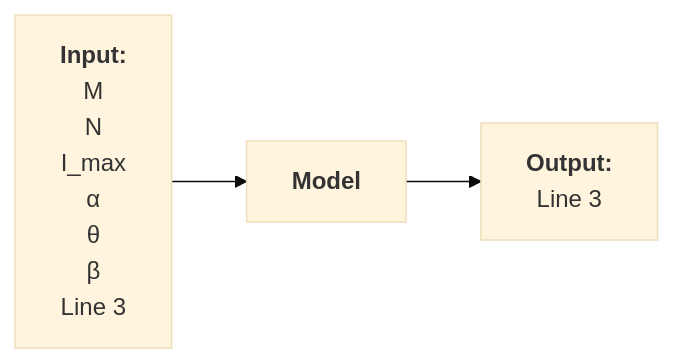
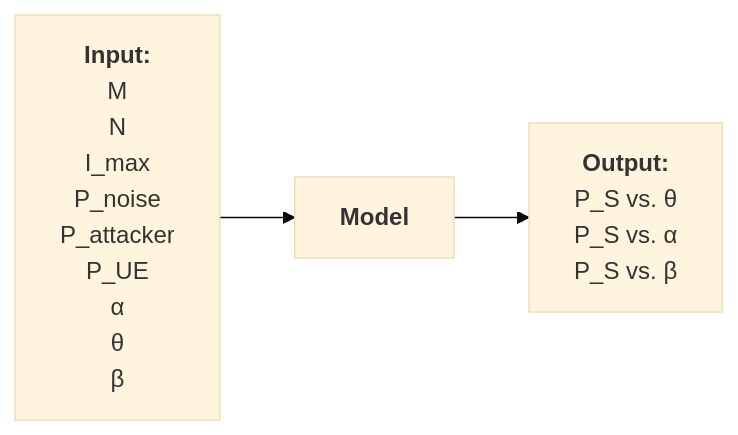
Before and after one commit to bmw-ece-ntust/wilfrid-prach-attack-analysis: the third of 3 diagrams in docs/20250307 Thesis (PRACH Attack Problem Definition).md, drawn with Mermaid (base theme). The commit also changed other lines of this file, not shown here.

````diff
--- a/docs/20250307 Thesis (PRACH Attack Problem Definition).md
+++ b/docs/20250307 Thesis (PRACH Attack Problem Definition).md
@@ -196,16 +202,19 @@
 ```mermaid
 flowchart LR
     input["`**Input:**
     M
     N
     I_max
+    P_noise
+    P_attacker
+    P_UE
     α
     θ
-    β
-    Line 3`"]
+    β`"]
     process["`**Model**`"]
     output["`**Output:**
-    
-    Line 3`"]
+    P_S vs. θ
+    P_S vs. α
+    P_S vs. β`"]
     input --> process --> output
 ```
````
